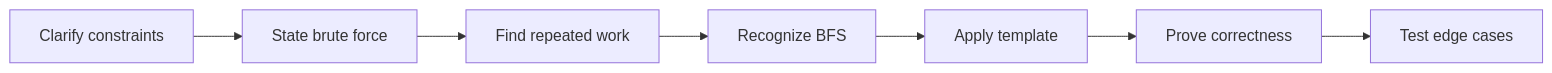
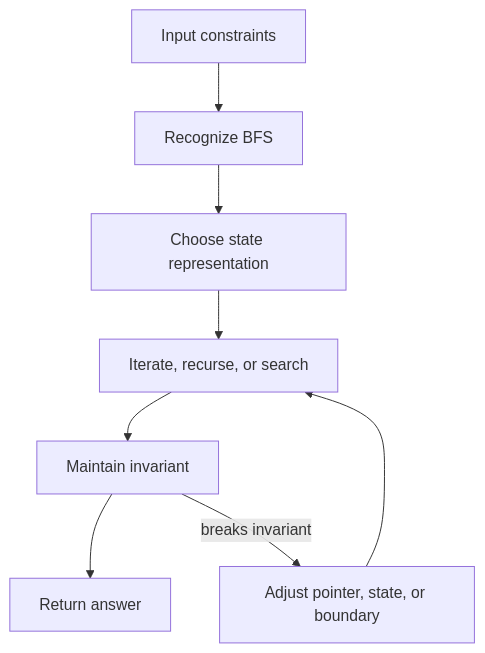
Before and after one commit to abstractinterviews/abstractinterviews.github.io: the second of 2 diagrams in coding-round/patterns/bfs/index.md, drawn with Mermaid. The commit also changed other lines of this file and 278 other files, not shown here.

````diff
--- a/coding-round/patterns/bfs/index.md
+++ b/coding-round/patterns/bfs/index.md
@@ -123,9 +121,10 @@
-~~~mermaid
-flowchart LR
-    A["Clarify constraints"] --> B["State brute force"]
-    B --> C["Find repeated work"]
-    C --> D["Recognize BFS"]
-    D --> E["Apply template"]
-    E --> F["Prove correctness"]
-    F --> G["Test edge cases"]
-~~~
+```mermaid
+flowchart TD
+    Input["Input constraints"] --> Pattern["Recognize BFS"]
+    Pattern --> State["Choose state representation"]
+    State --> Iterate["Iterate, recurse, or search"]
+    Iterate --> Check["Maintain invariant"]
+    Check --> Result["Return answer"]
+    Check -->|breaks invariant| Fix["Adjust pointer, state, or boundary"]
+    Fix --> Iterate
+```
````
